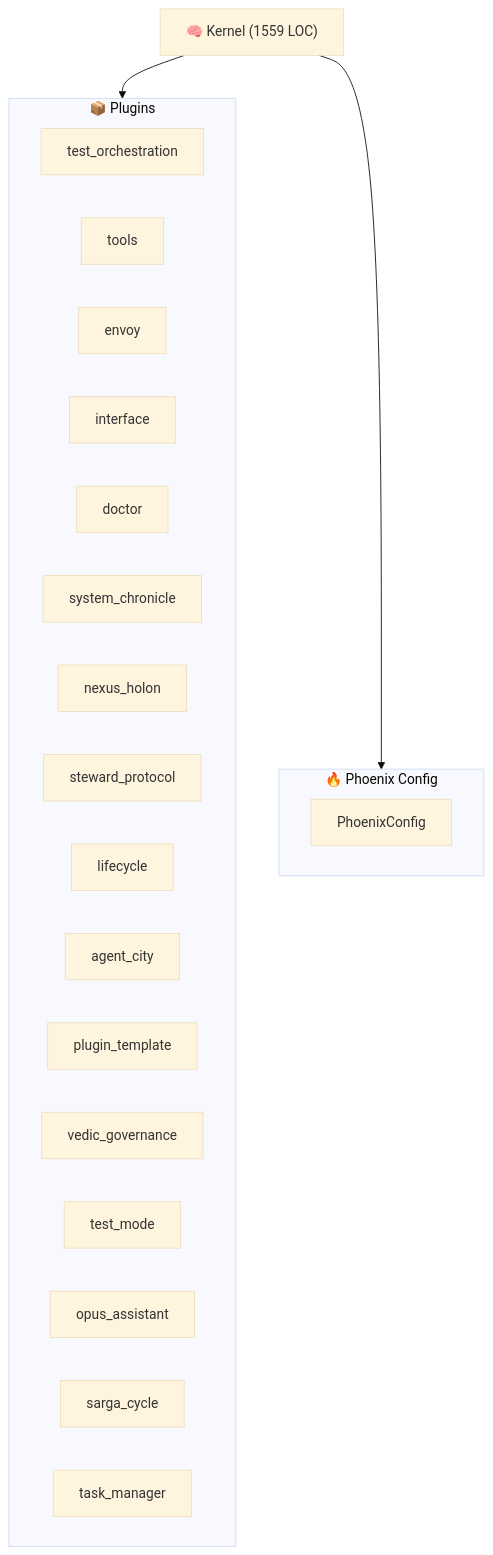
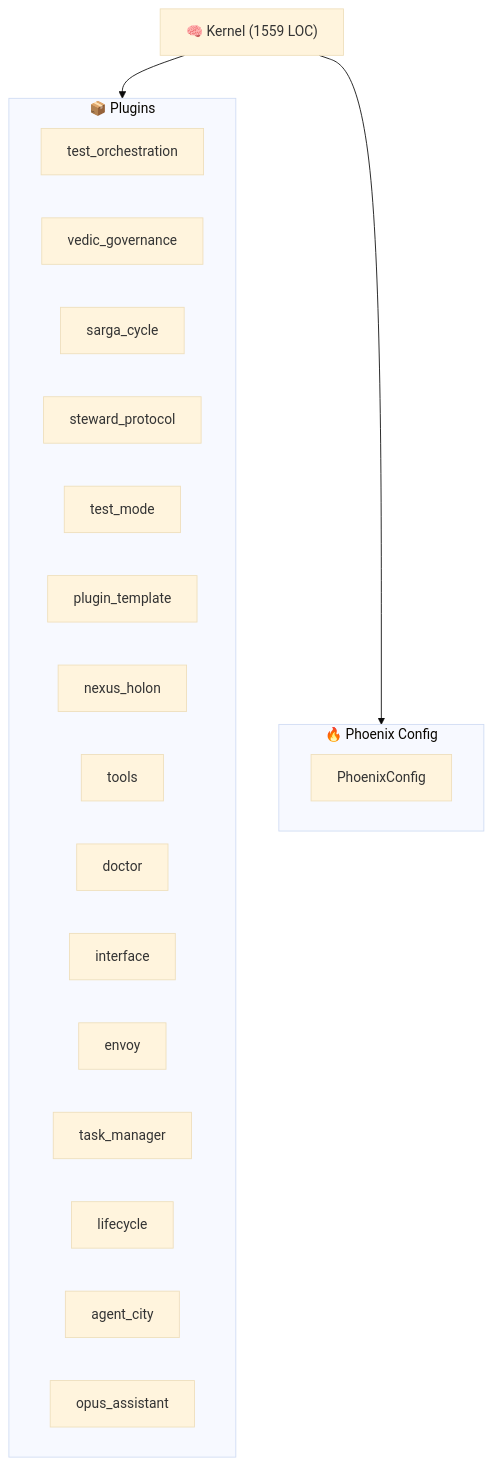
The diagram in ARCHITECTURE.md (kimeisele/steward-protocol), drawn with Mermaid (base theme) before and after one commit. The commit also changed other lines of this file and 24 other files, not shown here.

````diff
--- a/ARCHITECTURE.md
+++ b/ARCHITECTURE.md
@@ -8,27 +8,26 @@
 ```mermaid
 graph TB
     K["🧠 Kernel (1559 LOC)"]
     subgraph Plugins["📦 Plugins"]
         P_test_orchestration["test_orchestration"]
+        P_vedic_governance["vedic_governance"]
+        P_sarga_cycle["sarga_cycle"]
+        P_steward_protocol["steward_protocol"]
+        P_test_mode["test_mode"]
+        P_plugin_template["plugin_template"]
+        P_nexus_holon["nexus_holon"]
         P_tools["tools"]
+        P_doctor["doctor"]
+        P_interface["interface"]
         P_envoy["envoy"]
-        P_interface["interface"]
-        P_doctor["doctor"]
-        P_system_chronicle["system_chronicle"]
-        P_nexus_holon["nexus_holon"]
-        P_steward_protocol["steward_protocol"]
+        P_task_manager["task_manager"]
         P_lifecycle["lifecycle"]
         P_agent_city["agent_city"]
-        P_plugin_template["plugin_template"]
-        P_vedic_governance["vedic_governance"]
-        P_test_mode["test_mode"]
         P_opus_assistant["opus_assistant"]
-        P_sarga_cycle["sarga_cycle"]
-        P_task_manager["task_manager"]
     end
     K --> Plugins
     subgraph Config["🔥 Phoenix Config"]
         PC[PhoenixConfig]
     end
     K --> Config
 ```
````
